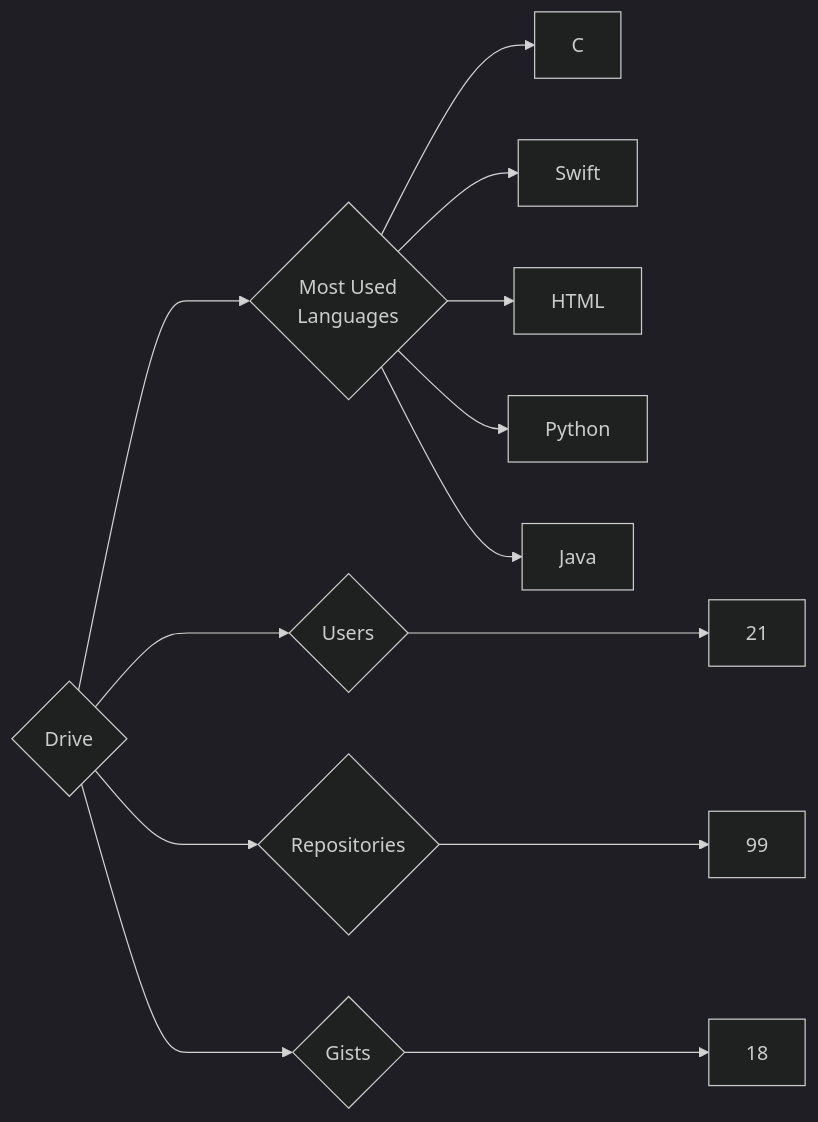
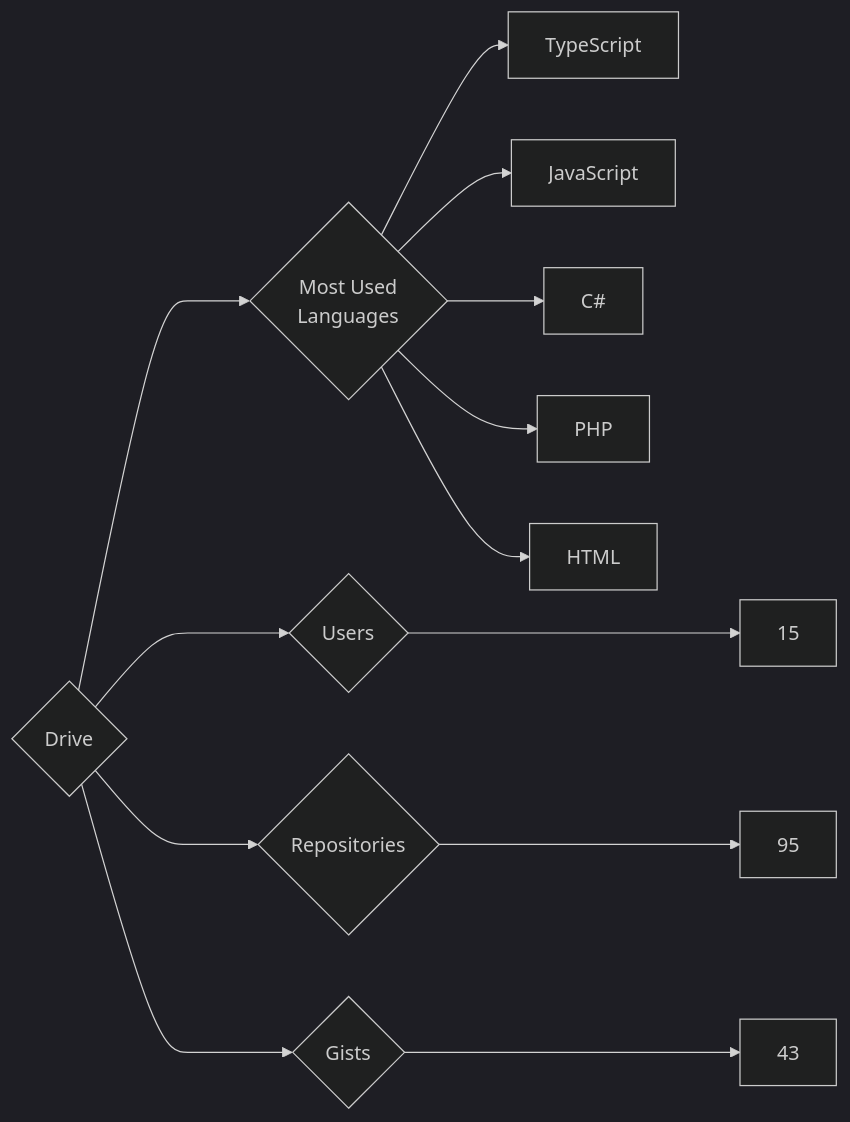
One commit to trickest/insiders changed the diagram in targets/Drive/README.md. Above: the diagram before and after it, drawn with Mermaid (dark theme). The commit also changed 872 other files, not shown here.

````diff
--- a/targets/Drive/README.md
+++ b/targets/Drive/README.md
@@ -3,13 +3,13 @@
 ```mermaid
 graph LR
 COMPANY_NAME{Drive}
-COMPANY_NAME ---> U{Users} ---> UN[21]
-COMPANY_NAME ---> R{Repositories} ---> RN[99]
-COMPANY_NAME ---> G{Gists} ---> GN[18]
+COMPANY_NAME ---> U{Users} ---> UN[15]
+COMPANY_NAME ---> R{Repositories} ---> RN[95]
+COMPANY_NAME ---> G{Gists} ---> GN[43]
 COMPANY_NAME ---> ML{Most Used<br>Languages}
-ML --> C[C]
-ML --> Swift[Swift]
+ML --> TypeScript[TypeScript]
+ML --> JavaScript[JavaScript]
+ML --> C#[C#]
+ML --> PHP[PHP]
 ML --> HTML[HTML]
-ML --> Python[Python]
-ML --> Java[Java]
 ```
````
